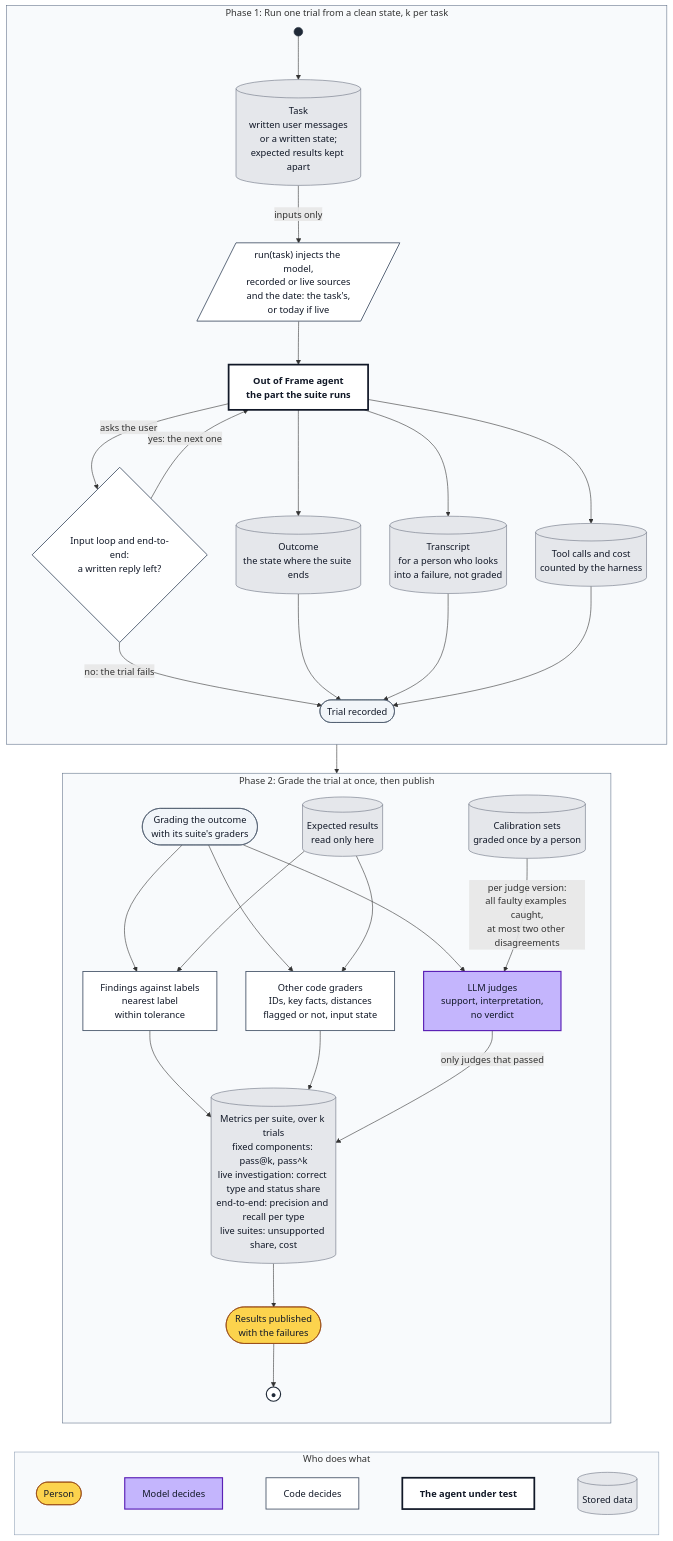
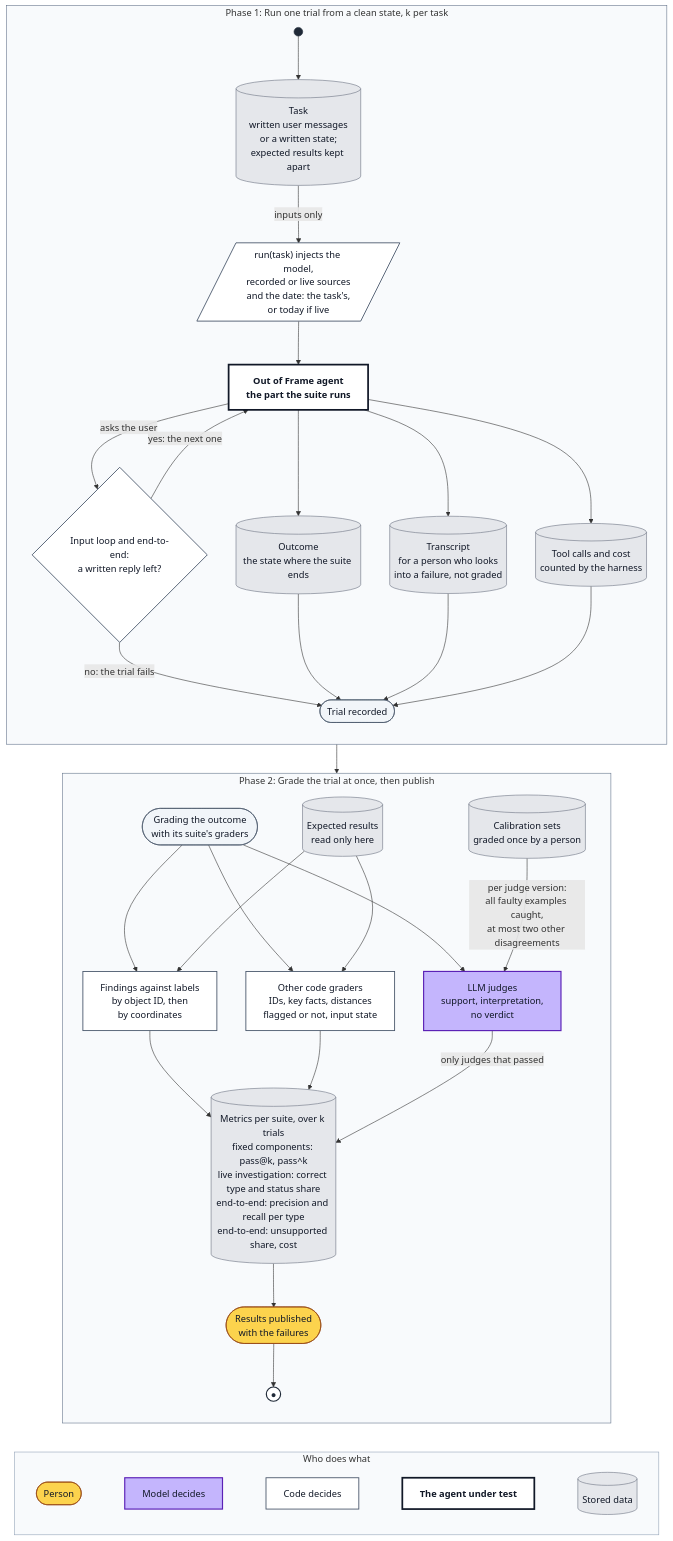
Before and after one commit to avashchenkov/out-of-frame: the diagram in docs/eval-architecture.md, drawn with Mermaid. The commit also changed other lines of this file and 1 other file, not shown here.

Commit message:
docs: detail step 10 and set how labels are made and judges calibrated

````diff
--- a/docs/eval-architecture.md
+++ b/docs/eval-architecture.md
@@ -430,75 +446,75 @@
 ```mermaid
 flowchart TD
     subgraph TRIALS["Phase 1: Run one trial from a clean state, k per task"]
         direction TB
         START((" ")):::start
         TASK[("Task<br/>written user messages<br/>or a written state;<br/>expected results kept apart")]:::data
         INJ[/"run(task) injects the model,<br/>recorded or live sources<br/>and the date: the task's,<br/>or today if live"/]:::code
         AG["Out of Frame agent<br/>the part the suite runs"]:::sut
         RPL{"Input loop and end-to-end:<br/>a written reply left?"}:::code
         OUTC[("Outcome<br/>the state where the suite ends")]:::data
         TRN[("Transcript<br/>for a person who looks<br/>into a failure, not graded")]:::data
         CNT[("Tool calls and cost<br/>counted by the harness")]:::data
         RD(["Trial recorded"]):::milestone
         START --> TASK
         TASK -->|"inputs only"| INJ
         INJ --> AG
         AG -->|"asks the user"| RPL
         RPL -->|"yes: the next one"| AG
         RPL -->|"no: the trial fails"| RD
         AG --> OUTC
         AG --> TRN
         AG --> CNT
         OUTC --> RD
         TRN --> RD
         CNT --> RD
     end
 
     subgraph GRADE["Phase 2: Grade the trial at once, then publish"]
         direction TB
         GS(["Grading the outcome<br/>with its suite's graders"]):::milestone
         SC[("Expected results<br/>read only here")]:::data
-        MATCH["Findings against labels<br/>nearest label<br/>within tolerance"]:::code
+        MATCH["Findings against labels<br/>by object ID, then<br/>by coordinates"]:::code
         CG["Other code graders<br/>IDs, key facts, distances<br/>flagged or not, input state"]:::code
         JG["LLM judges<br/>support, interpretation,<br/>no verdict"]:::model
         CAL[("Calibration sets<br/>graded once by a person")]:::data
-        MET[("Metrics per suite, over k trials<br/>fixed components: pass@k, pass^k<br/>live investigation: correct type and status share<br/>end-to-end: precision and recall per type<br/>live suites: unsupported share, cost")]:::data
+        MET[("Metrics per suite, over k trials<br/>fixed components: pass@k, pass^k<br/>live investigation: correct type and status share<br/>end-to-end: precision and recall per type<br/>end-to-end: unsupported share, cost")]:::data
         PUB(["Results published<br/>with the failures"]):::human
         STOP(("●")):::stop
         GS --> MATCH
         GS --> CG
         GS --> JG
         SC --> MATCH
         SC --> CG
         CAL -->|"per judge version:<br/>all faulty examples caught,<br/>at most two other disagreements"| JG
         MATCH --> MET
         CG --> MET
         JG -->|"only judges that passed"| MET
         MET --> PUB --> STOP
     end
 
     TRIALS --> GRADE
 
     subgraph KEY["Who does what"]
         direction LR
         k1(["Person"]):::human
         k2["Model decides"]:::model
         k3["Code decides"]:::code
         k6["The agent under test"]:::sut
         k4[("Stored data")]:::data
         k1 ~~~ k2 ~~~ k3 ~~~ k6 ~~~ k4
     end
     GRADE ~~~ KEY
 
     classDef human fill:#fcd34d,stroke:#92400e,color:#111827
     classDef model fill:#c4b5fd,stroke:#5b21b6,stroke-width:2px,color:#111827
     classDef code fill:#ffffff,stroke:#475569,stroke-width:1.5px,color:#111827
     classDef sut fill:#ffffff,stroke:#111827,stroke-width:3px,color:#111827,font-weight:bold
     classDef data fill:#e5e7eb,stroke:#6b7280,color:#111827
     classDef milestone fill:#f1f5f9,stroke:#475569,color:#111827
     classDef start fill:#1f2937,stroke:#1f2937,color:#1f2937
     classDef stop fill:#ffffff,stroke:#1f2937,stroke-width:2px,color:#1f2937
     style TRIALS fill:#f8fafc,stroke:#64748b
     style GRADE fill:#f8fafc,stroke:#64748b
     style KEY fill:#f8fafc,stroke:#94a3b8
 ```
````
